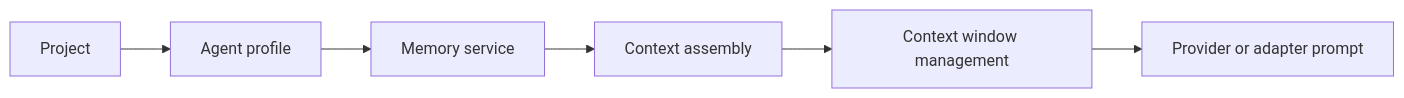
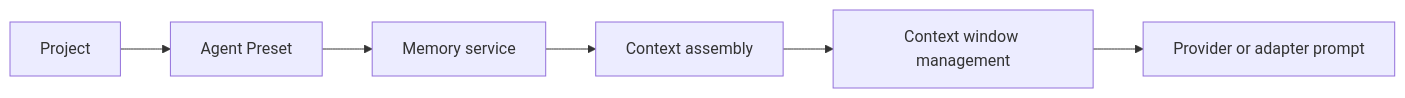
The diagram in docs/design/proposals/agent-memory.md (hecatehq/hecate), drawn with Mermaid before and after one commit. The commit also changed other lines of this file and 54 other files, not shown here.

````diff
--- a/docs/design/proposals/agent-memory.md
+++ b/docs/design/proposals/agent-memory.md
@@ -36,8 +36,8 @@
 ```mermaid
 flowchart LR
-    A["Project"] --> B["Agent profile"]
+    A["Project"] --> B["Agent Preset"]
     B --> C["Memory service"]
     C --> D["Context assembly"]
     D --> E["Context window management"]
     E --> F["Provider or adapter prompt"]
 ```
````
